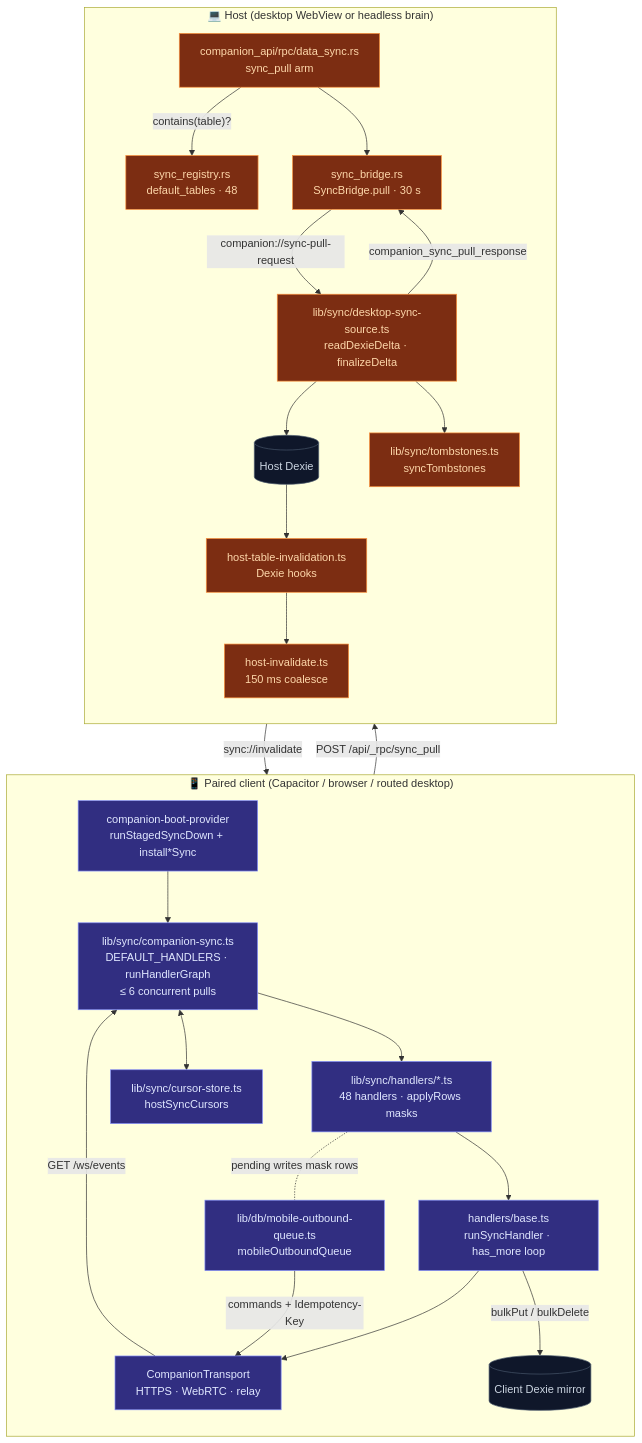
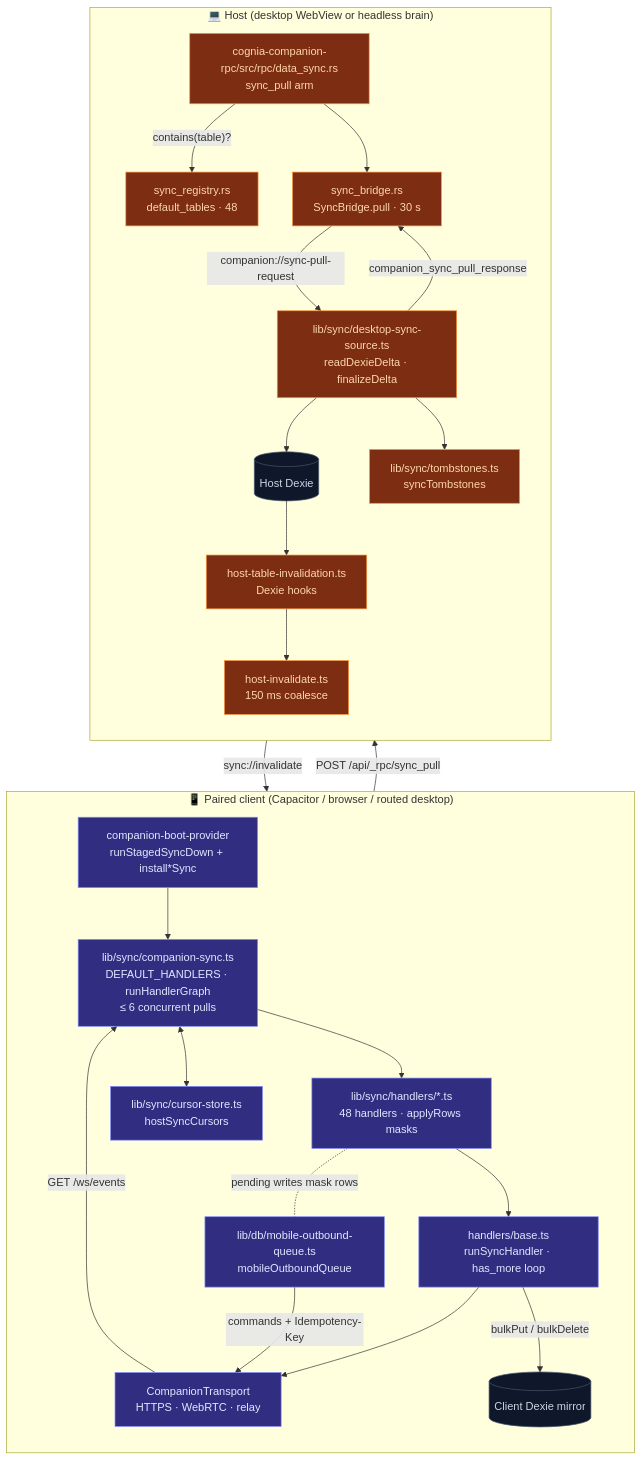
The first of 2 diagrams in docs/content/docs/en/data/sync-system.mdx (MaxQian888/cognia-next), drawn with Mermaid before and after one commit. The commit also changed other lines of this file and 85 other files, not shown here.

First line of the commit message:
refactor(companion): move the RPC dispatch table and families into cognia-companion-rpc

````diff
--- a/docs/content/docs/en/data/sync-system.mdx
+++ b/docs/content/docs/en/data/sync-system.mdx
@@ -53,49 +53,49 @@
 ```mermaid
 flowchart TB
   subgraph Client["📱 Paired client (Capacitor / browser / routed desktop)"]
     direction TB
     Boot[companion-boot-provider<br/>runStagedSyncDown + install*Sync]
     Orch[lib/sync/companion-sync.ts<br/>DEFAULT_HANDLERS · runHandlerGraph<br/>≤ 6 concurrent pulls]
     Handlers[lib/sync/handlers/*.ts<br/>48 handlers · applyRows masks]
     Base[handlers/base.ts<br/>runSyncHandler · has_more loop]
     CursorStore[lib/sync/cursor-store.ts<br/>hostSyncCursors]
     Outbound[lib/db/mobile-outbound-queue.ts<br/>mobileOutboundQueue]
     Transport[CompanionTransport<br/>HTTPS · WebRTC · relay]
     Mirror[(Client Dexie mirror)]
   end
 
   subgraph Host["💻 Host (desktop WebView or headless brain)"]
     direction TB
-    RPC[companion_api/rpc/data_sync.rs<br/>sync_pull arm]
+    RPC[cognia-companion-rpc/src/rpc/data_sync.rs<br/>sync_pull arm]
     Registry[sync_registry.rs<br/>default_tables · 48]
     Bridge[sync_bridge.rs<br/>SyncBridge.pull · 30 s]
     Source[lib/sync/desktop-sync-source.ts<br/>readDexieDelta · finalizeDelta]
     Tomb[lib/sync/tombstones.ts<br/>syncTombstones]
     Hooks[host-table-invalidation.ts<br/>Dexie hooks]
     Inval[host-invalidate.ts<br/>150 ms coalesce]
     HostDexie[(Host Dexie)]
   end
 
   Boot --> Orch --> Handlers --> Base --> Transport
   Orch <--> CursorStore
   Base -- "bulkPut / bulkDelete" --> Mirror
   Handlers -. "pending writes mask rows" .- Outbound
   Outbound -- "commands + Idempotency-Key" --> Transport
   Transport -- "POST /api/_rpc/sync_pull" --> RPC
   RPC -- "contains(table)?" --> Registry
   RPC --> Bridge
   Bridge -- "companion://sync-pull-request" --> Source
   Source --> HostDexie
   Source --> Tomb
   Source -- "companion_sync_pull_response" --> Bridge
   HostDexie --> Hooks --> Inval
   Inval -- "sync://invalidate" --> Transport
   Transport -- "GET /ws/events" --> Orch
 
   classDef phone fill:#312e81,stroke:#818cf8,color:#e0e7ff
   classDef desk fill:#7c2d12,stroke:#fb923c,color:#fed7aa
   classDef storage fill:#0f172a,stroke:#475569,color:#cbd5e1
   class Boot,Orch,Handlers,Base,CursorStore,Outbound,Transport phone
   class RPC,Registry,Bridge,Source,Tomb,Hooks,Inval desk
   class Mirror,HostDexie storage
 ```
````
